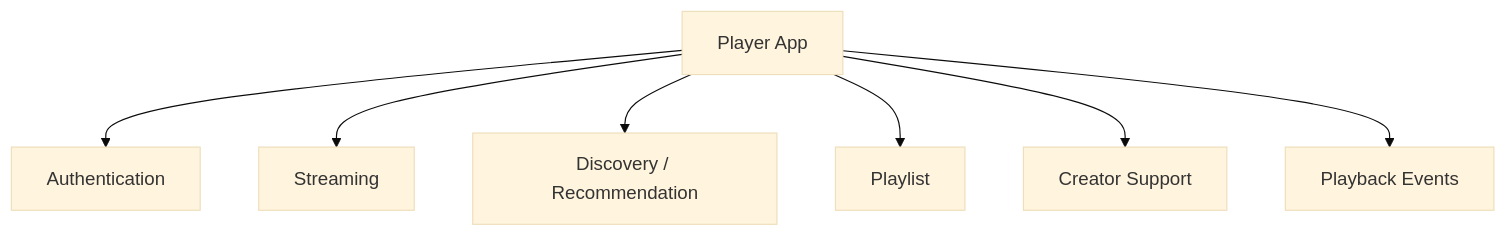
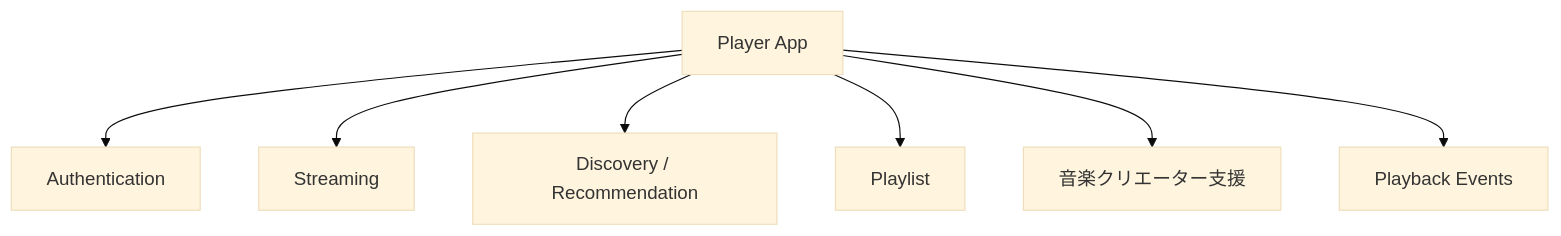
One commit to ShigeichiroYamasaki/creator-first-platform changed the fourth of 27 diagrams in docs/whitepaper/04-platform-architecture.md. Above: the diagram before and after it, drawn with Mermaid (base theme). The commit also changed other lines of this file and 67 other files, not shown here.

````diff
--- a/docs/whitepaper/04-platform-architecture.md
+++ b/docs/whitepaper/04-platform-architecture.md
@@ -158,11 +158,11 @@
 ```mermaid
 flowchart TD
     PLAYER[Player App]
 
     PLAYER --> AUTH[Authentication]
     PLAYER --> STREAM[Streaming]
     PLAYER --> DISC[Discovery / Recommendation]
     PLAYER --> LIST[Playlist]
-    PLAYER --> SUPPORT[Creator Support]
+    PLAYER --> SUPPORT[音楽クリエーター支援]
     PLAYER --> EVENT[Playback Events]
 ```
````
